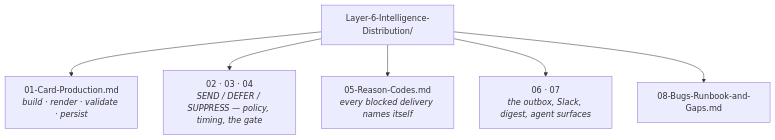
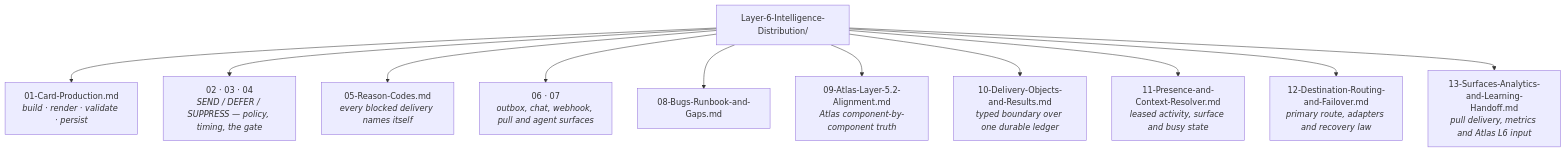
One commit to themoronss/genios-brain changed the diagram in System Design/Layer-6-Intelligence-Distribution/README.md. Above: the diagram before and after it, drawn with Mermaid. The commit also changed other lines of this file and 88 other files, not shown here.

````diff
--- a/System Design/Layer-6-Intelligence-Distribution/README.md
+++ b/System Design/Layer-6-Intelligence-Distribution/README.md
@@ -16,8 +16,13 @@
 ```mermaid
 flowchart TD
     R["Layer-6-Intelligence-Distribution/"] --> A["01-Card-Production.md<br/><i>build · render · validate · persist</i>"]
     R --> B["02 · 03 · 04<br/><i>SEND / DEFER / SUPPRESS — policy, timing, the gate</i>"]
     R --> C["05-Reason-Codes.md<br/><i>every blocked delivery names itself</i>"]
-    R --> D["06 · 07<br/><i>the outbox, Slack, digest, agent surfaces</i>"]
+    R --> D["06 · 07<br/><i>outbox, chat, webhook, pull and agent surfaces</i>"]
     R --> E["08-Bugs-Runbook-and-Gaps.md"]
+    R --> F["09-Atlas-Layer-5.2-Alignment.md<br/><i>Atlas component-by-component truth</i>"]
+    R --> G["10-Delivery-Objects-and-Results.md<br/><i>typed boundary over one durable ledger</i>"]
+    R --> H["11-Presence-and-Context-Resolver.md<br/><i>leased activity, surface and busy state</i>"]
+    R --> I["12-Destination-Routing-and-Failover.md<br/><i>primary route, adapters and recovery law</i>"]
+    R --> J["13-Surfaces-Analytics-and-Learning-Handoff.md<br/><i>pull delivery, metrics and Atlas L6 input</i>"]
 ```
````
